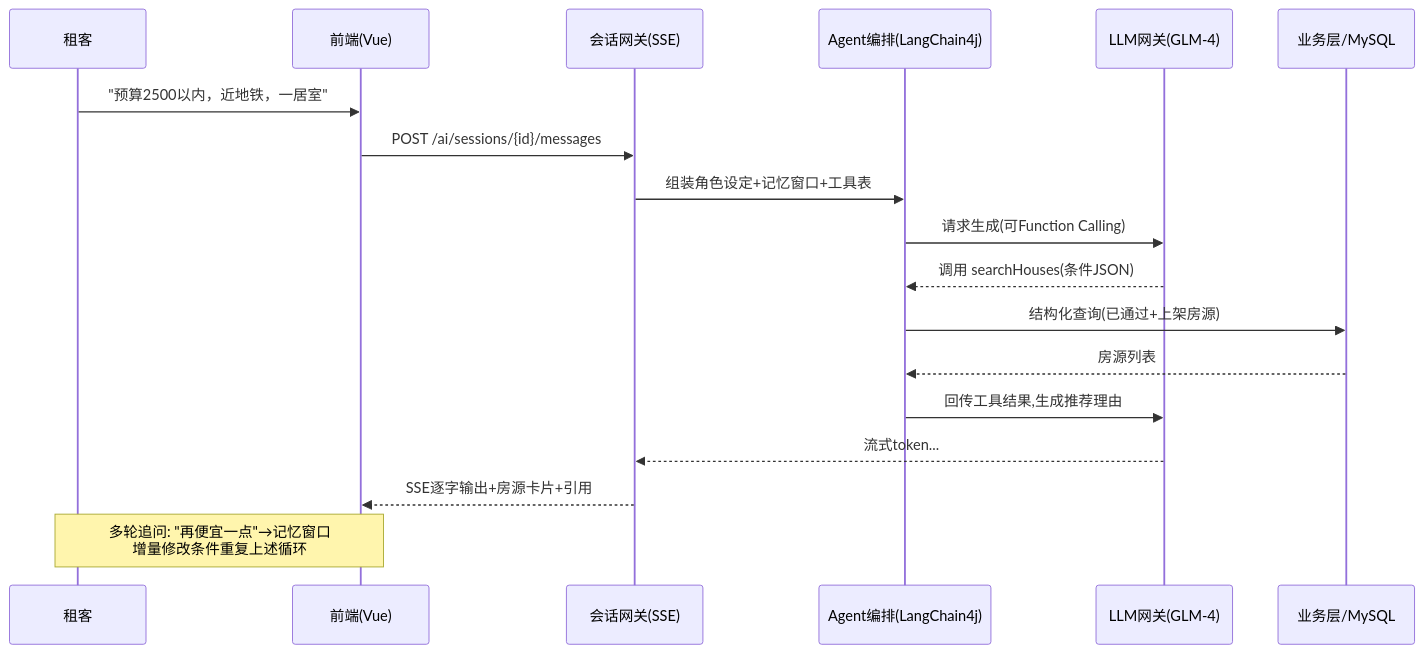
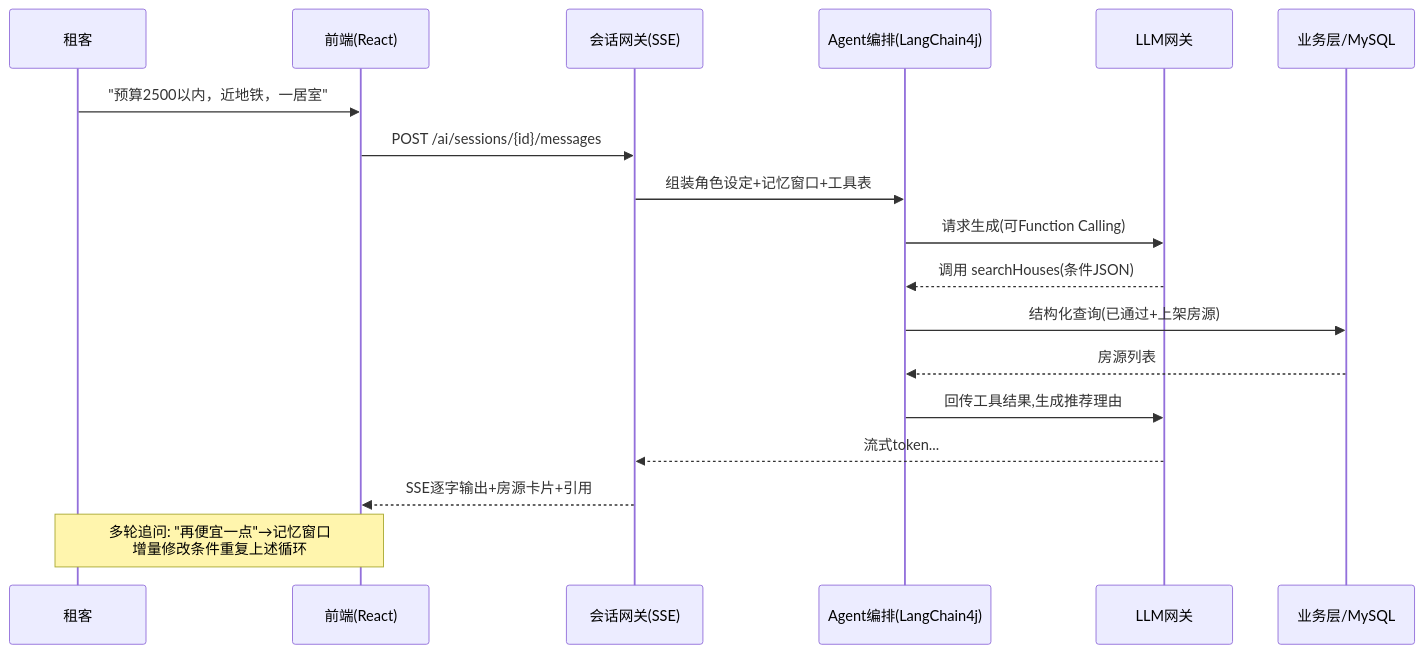
One commit to chuanshanjia666/RentAgent changed the first of 3 diagrams in doc/03.概要设计/概要设计说明.md. Above: the diagram before and after it, drawn with Mermaid. The commit also changed other lines of this file and 85 other files, not shown here.

````diff
--- a/doc/03.概要设计/概要设计说明.md
+++ b/doc/03.概要设计/概要设计说明.md
@@ -243,21 +253,21 @@
 ```mermaid
 sequenceDiagram
     participant U as 租客
-    participant F as 前端(Vue)
+    participant F as 前端(React)
     participant G as 会话网关(SSE)
     participant A as Agent编排(LangChain4j)
-    participant L as LLM网关(GLM-4)
+    participant L as LLM网关
     participant D as 业务层/MySQL
 
     U->>F: "预算2500以内，近地铁，一居室"
     F->>G: POST /ai/sessions/{id}/messages
     G->>A: 组装角色设定+记忆窗口+工具表
     A->>L: 请求生成(可Function Calling)
     L-->>A: 调用 searchHouses(条件JSON)
     A->>D: 结构化查询(已通过+上架房源)
     D-->>A: 房源列表
     A->>L: 回传工具结果,生成推荐理由
     L-->>G: 流式token...
     G-->>F: SSE逐字输出+房源卡片+引用
     Note over U,F: 多轮追问: "再便宜一点"→记忆窗口<br/>增量修改条件重复上述循环
 ```
````
